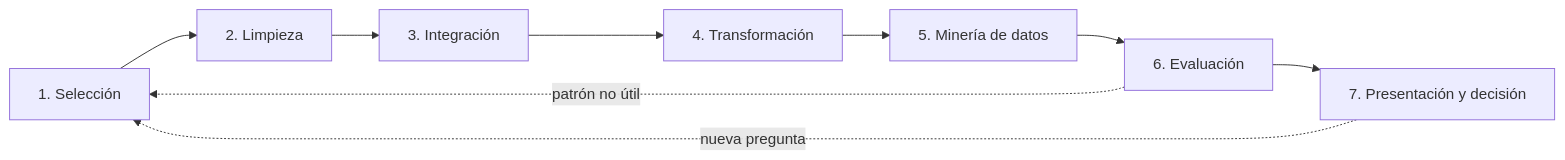
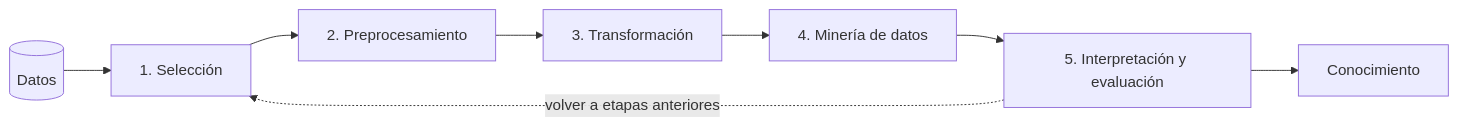
One commit to unlam-informatica/unlam-informatica.github.io changed the seventh of 7 diagrams in src/content/docs/bbdd-aplicadas/unidad-4/teoria/datos-data-lake-kdd.md. Above: the diagram before and after it, drawn with Mermaid. The commit also changed other lines of this file and 100 other files, not shown here.

````diff
--- a/src/content/docs/bbdd-aplicadas/unidad-4/teoria/datos-data-lake-kdd.md
+++ b/src/content/docs/bbdd-aplicadas/unidad-4/teoria/datos-data-lake-kdd.md
@@ -113,11 +356,10 @@
 ```mermaid
 flowchart LR
-    A[1. Selección] --> B[2. Limpieza]
-    B --> C[3. Integración]
-    C --> D[4. Transformación]
-    D --> E[5. Minería de datos]
-    E --> F[6. Evaluación]
-    F --> G[7. Presentación y decisión]
-    F -. patrón no útil .-> A
-    G -. nueva pregunta .-> A
+    D[(Datos)] --> A[1. Selección]
+    A --> B[2. Preprocesamiento]
+    B --> C[3. Transformación]
+    C --> E[4. Minería de datos]
+    E --> F[5. Interpretación y evaluación]
+    F --> K[Conocimiento]
+    F -. volver a etapas anteriores .-> A
 ```
````
